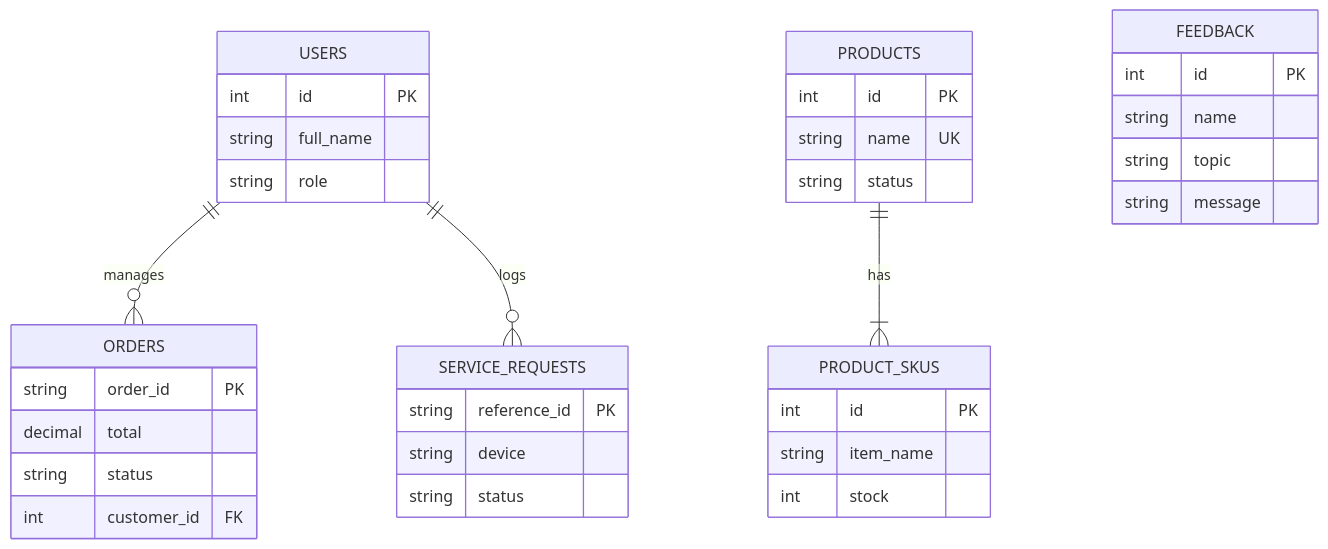
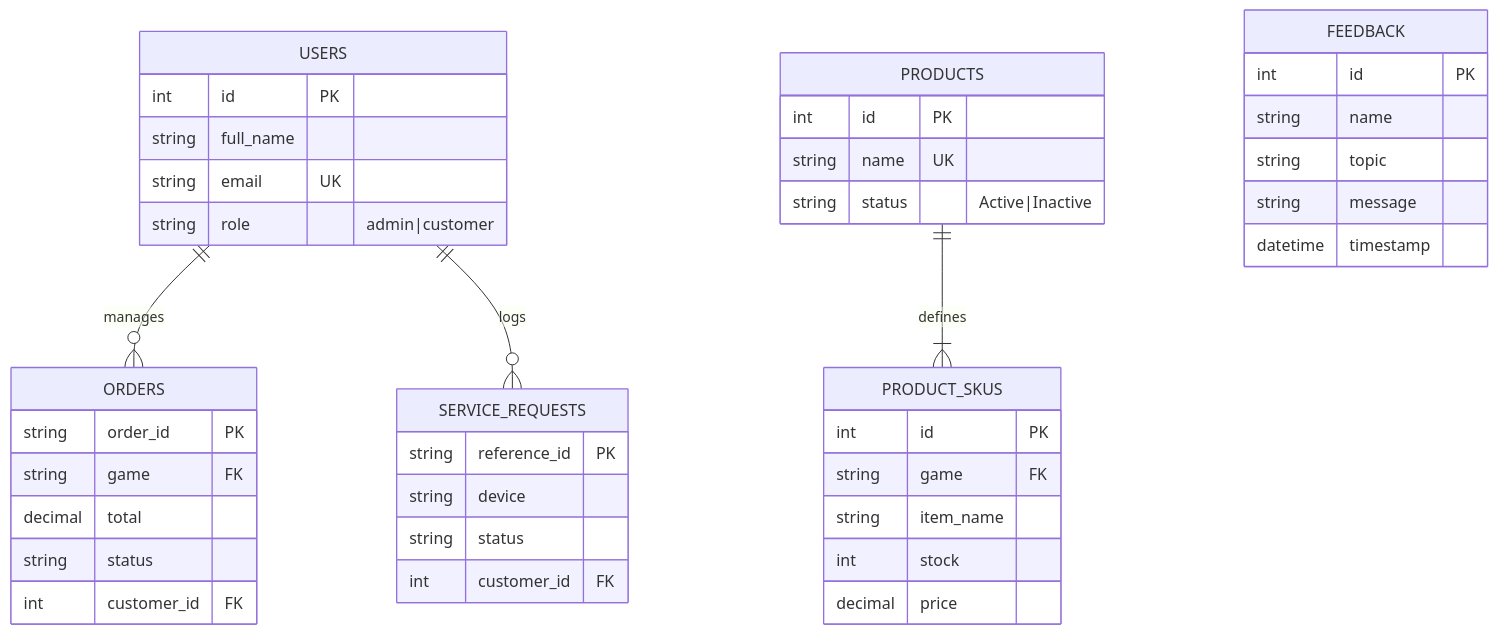
One commit to Jaylo01/tech-noblade changed the third of 3 diagrams in DOCUMENTATION.md. Above: the diagram before and after it, drawn with Mermaid. The commit also changed other lines of this file, not shown here.

Commit message:
DOCS: Final aesthetic overhaul of system diagrams (Premium/Academic Grade)

````diff
--- a/DOCUMENTATION.md
+++ b/DOCUMENTATION.md
@@ -83,45 +90,51 @@
 ```mermaid
 erDiagram
-    %% Entities with high contrast
+    %% Relationships
     USERS ||--o{ ORDERS : "manages"
     USERS ||--o{ SERVICE_REQUESTS : "logs"
-    PRODUCTS ||--|{ PRODUCT_SKUS : "has"
+    PRODUCTS ||--|{ PRODUCT_SKUS : "defines"
     
     USERS {
         int id PK
         string full_name
-        string role
+        string email UK
+        string role "admin|customer"
     }
 
     ORDERS {
         string order_id PK
+        string game FK
         decimal total
         string status
         int customer_id FK
     }
 
     PRODUCTS {
         int id PK
         string name UK
-        string status
+        string status "Active|Inactive"
     }
 
     PRODUCT_SKUS {
         int id PK
+        string game FK
         string item_name
         int stock
+        decimal price
     }
 
     SERVICE_REQUESTS {
         string reference_id PK
         string device
         string status
+        int customer_id FK
     }
 
     FEEDBACK {
         int id PK
         string name
         string topic
         string message
+        datetime timestamp
     }
 ```
````
